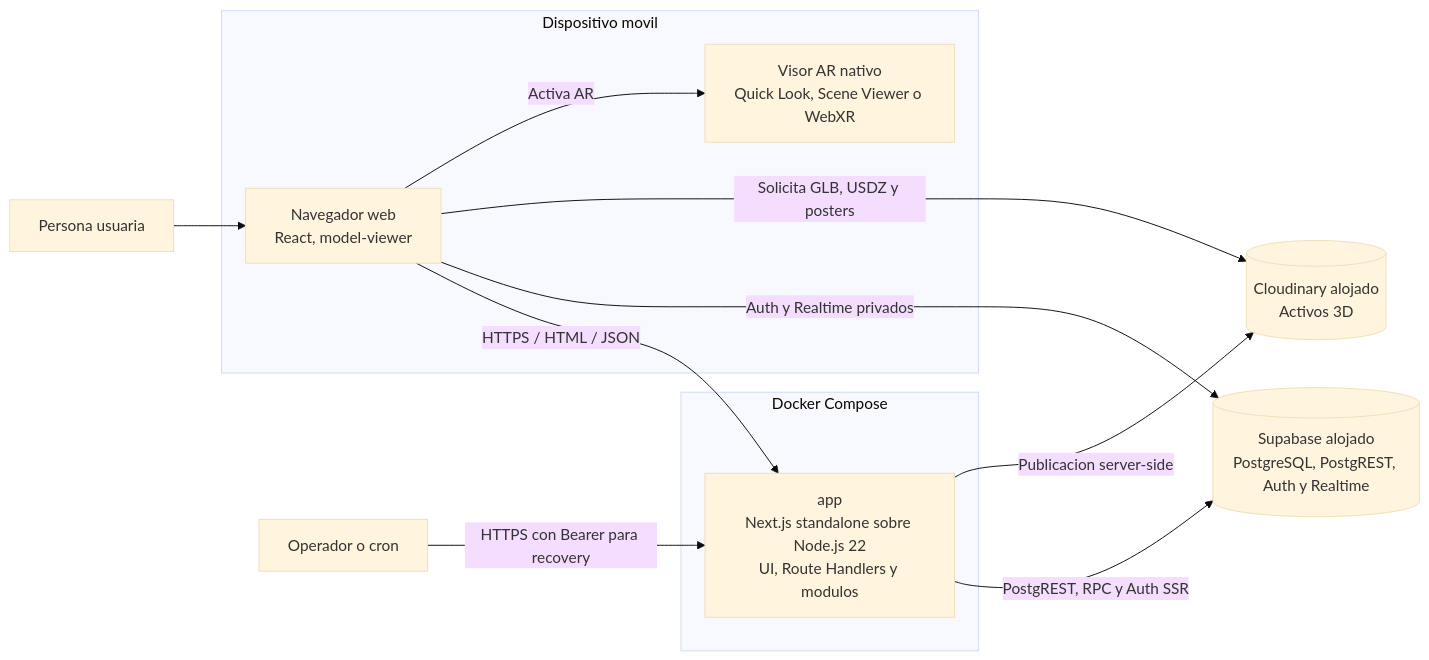
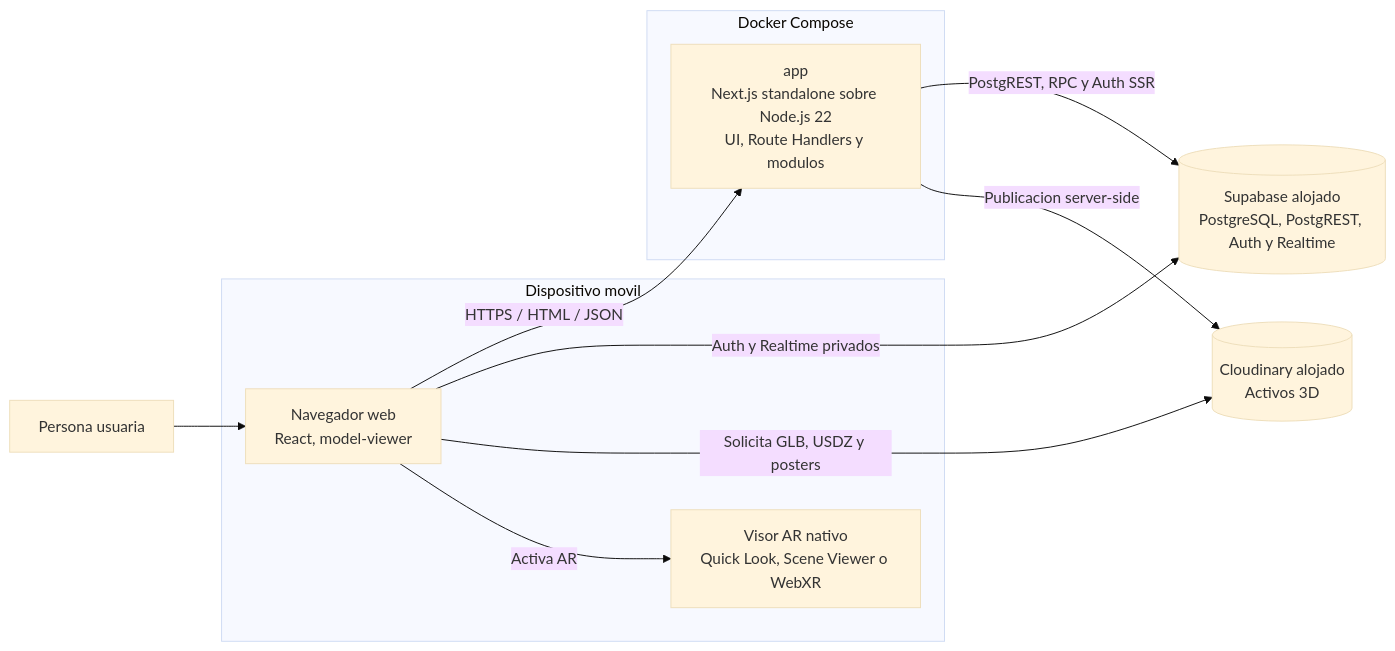
One commit to josemestre3009/DecorAr changed the diagram in docs/c4/containers.md. Above: the diagram before and after it, drawn with Mermaid (base theme). The commit also changed 12 other files, not shown here.

````diff
--- a/docs/c4/containers.md
+++ b/docs/c4/containers.md
@@ -3,26 +3,23 @@
 ```mermaid
 flowchart LR
     user["Persona usuaria"]
-    operator["Operador o cron"]
-
     subgraph device["Dispositivo movil"]
         browser["Navegador web<br/>React, model-viewer"]
         viewer["Visor AR nativo<br/>Quick Look, Scene Viewer o WebXR"]
     end
 
     subgraph host["Docker Compose"]
         app["app<br/>Next.js standalone sobre Node.js 22<br/>UI, Route Handlers y modulos"]
     end
 
     supabase[("Supabase alojado<br/>PostgreSQL, PostgREST, Auth y Realtime")]
     cloudinary[("Cloudinary alojado<br/>Activos 3D")]
 
     user --> browser
     browser -->|"HTTPS / HTML / JSON"| app
-    operator -->|"HTTPS con Bearer para recovery"| app
     browser -->|"Auth y Realtime privados"| supabase
     app -->|"PostgREST, RPC y Auth SSR"| supabase
     app -->|"Publicacion server-side"| cloudinary
     browser -->|"Solicita GLB, USDZ y posters"| cloudinary
     browser -->|"Activa AR"| viewer
 ```
````
